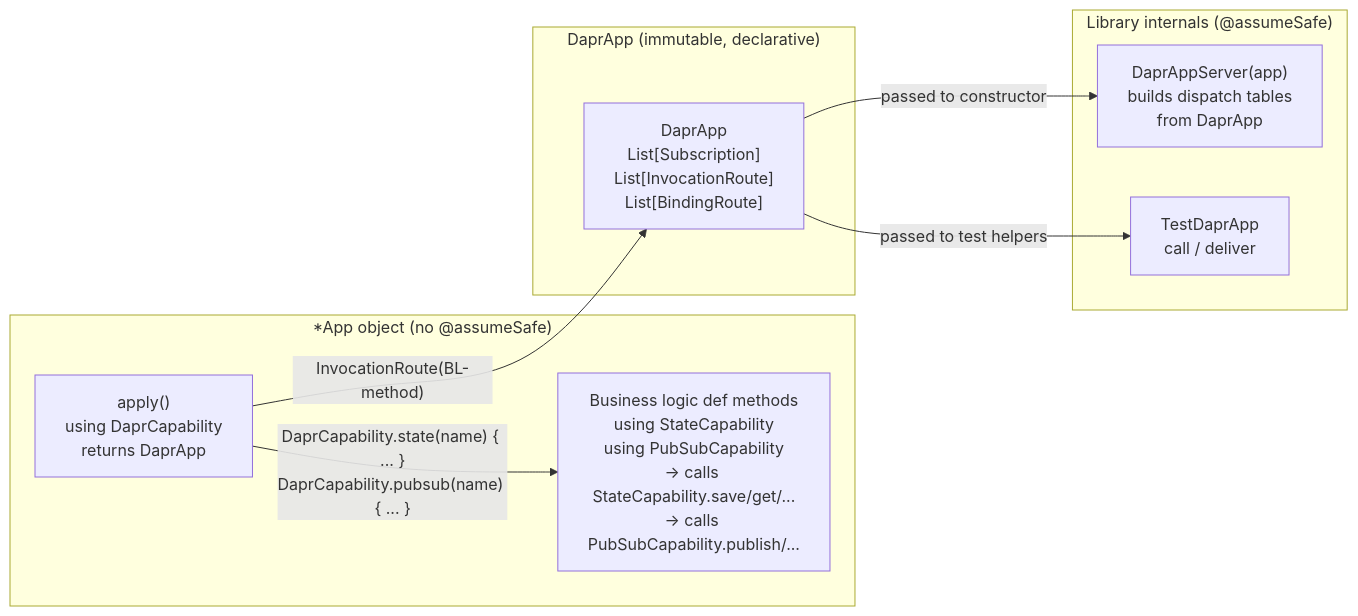
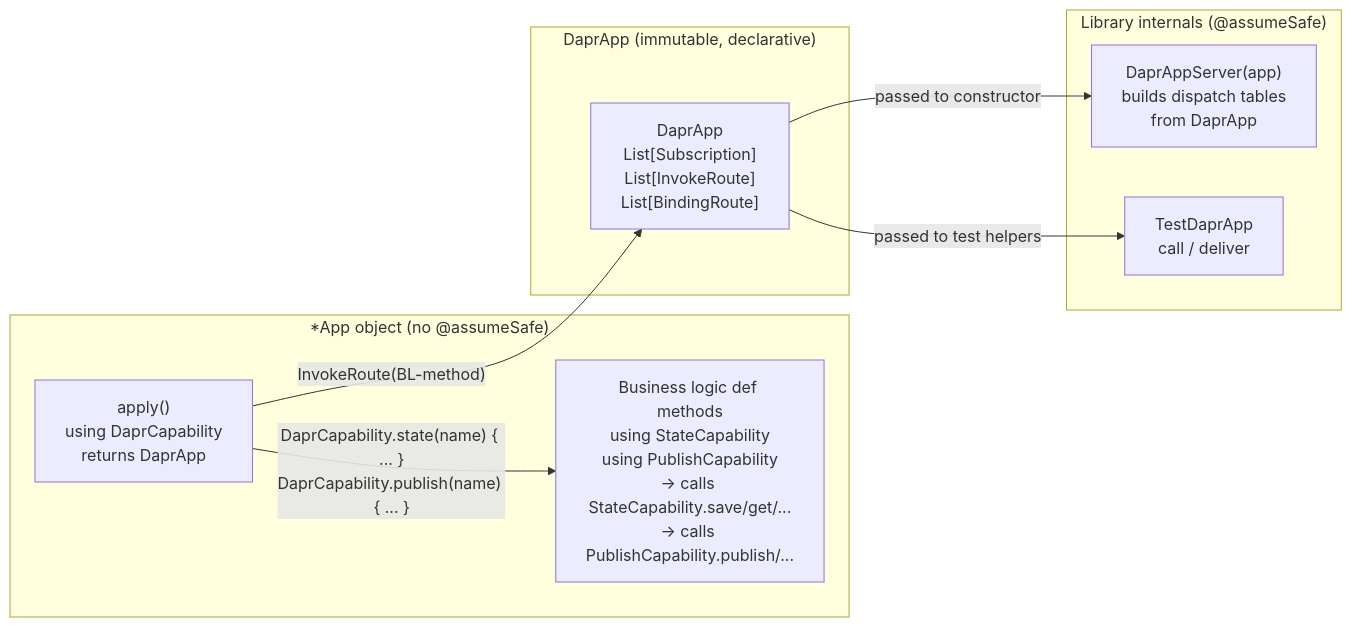
One commit to sideeffffect/dapr4s changed the fourth of 6 diagrams in docs/DESIGN.md. Above: the diagram before and after it, drawn with Mermaid. The commit also changed other lines of this file and 73 other files, not shown here.

First line of the commit message:
refactor!: unify capability nomenclature to dapr HTTP-path names

````diff
--- a/docs/DESIGN.md
+++ b/docs/DESIGN.md
@@ -301,21 +301,21 @@
 ```mermaid
 graph LR
     subgraph "*App object (no @assumeSafe)"
-        BL["Business logic def methods\nusing StateCapability\nusing PubSubCapability\n→ calls StateCapability.save/get/...\n→ calls PubSubCapability.publish/..."]
+        BL["Business logic def methods\nusing StateCapability\nusing PublishCapability\n→ calls StateCapability.save/get/...\n→ calls PublishCapability.publish/..."]
         CFG["apply()\nusing DaprCapability\nreturns DaprApp"]
-        CFG -->|"DaprCapability.state(name) { ... }\nDaprCapability.pubsub(name) { ... }"| BL
+        CFG -->|"DaprCapability.state(name) { ... }\nDaprCapability.publish(name) { ... }"| BL
     end
 
     subgraph "DaprApp (immutable, declarative)"
-        DA["DaprApp\nList[Subscription]\nList[InvocationRoute]\nList[BindingRoute]"]
+        DA["DaprApp\nList[Subscription]\nList[InvokeRoute]\nList[BindingRoute]"]
     end
 
     subgraph "Library internals (@assumeSafe)"
         SRV["DaprAppServer(app)\nbuilds dispatch tables\nfrom DaprApp"]
         TST["TestDaprApp\ncall / deliver"]
     end
 
-    CFG -->|"InvocationRoute(BL-method)"| DA
+    CFG -->|"InvokeRoute(BL-method)"| DA
     DA -->|"passed to constructor"| SRV
     DA -->|"passed to test helpers"| TST
 ```
````
